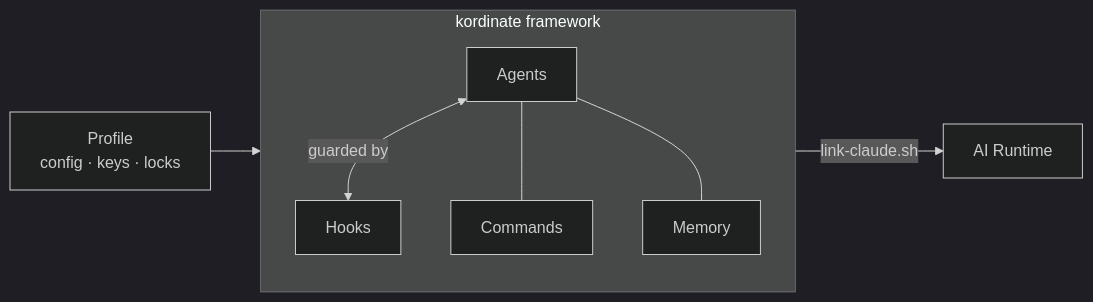
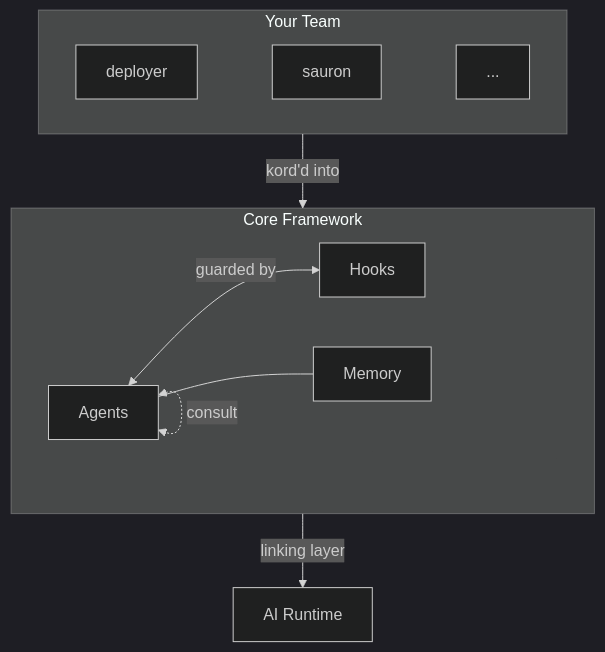
The diagram in docs/index.md (Kord96/kordinate), drawn with Mermaid (dark theme) before and after one commit.

Commit message:
Update home page mermaid: show core/team/runtime [scribe]
Diagram now shows Core Framework (agents, hooks, memory, consultation),
Your Team (deployer, sauron, ...) kord'd into core, and linking to
AI Runtime. Replaces the flat "kordinate framework" box.

````diff
--- a/docs/index.md
+++ b/docs/index.md
@@ -9,12 +9,16 @@
 ```mermaid
-flowchart LR
-    subgraph kordinate[kordinate framework]
-        direction TB
-        A[Agents] <-->|guarded by| H[Hooks]
-        A --- C[Commands]
-        A --- M[Memory]
+flowchart TB
+    subgraph core[Core Framework]
+        direction LR
+        AG[Agents] <-->|guarded by| HK[Hooks]
+        AG --- MEM[Memory]
+        AG <-.->|consult| AG
     end
 
-    P[Profile<br/>config · keys · locks] --> kordinate
-    kordinate -->|link-claude.sh| R[AI Runtime]
+    subgraph team[Your Team]
+        D[deployer] ~~~ S[sauron] ~~~ X[...]
+    end
+
+    team -->|kord'd into| core
+    core -->|linking layer| RT[AI Runtime]
 ```
````
